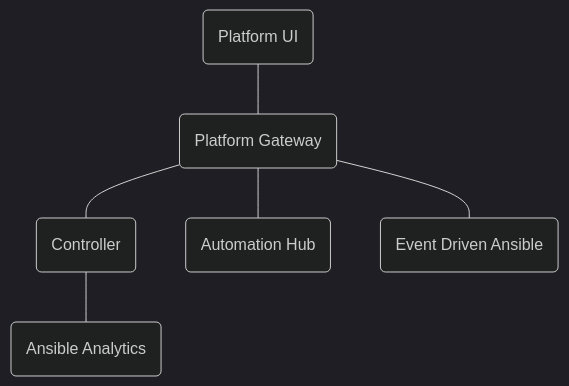
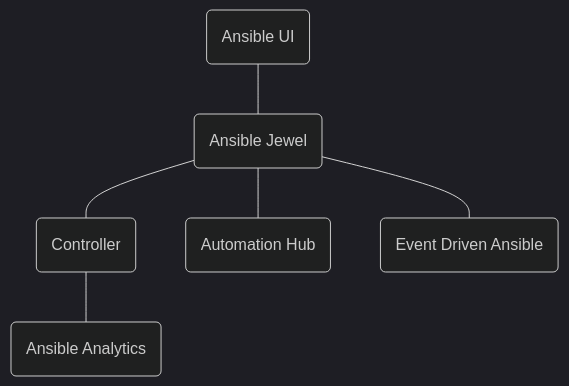
One commit to ansible/ansible-ui changed the diagram in docs/dev/architecture.md. Above: the diagram before and after it, drawn with Mermaid (dark theme). The commit also changed other lines of this file and 3 other files, not shown here.

First line of the commit message:
docs: use Ansible Jewel naming and trim branching doc

````diff
--- a/docs/dev/architecture.md
+++ b/docs/dev/architecture.md
@@ -3,8 +3,8 @@
 ```mermaid
 flowchart TD
-   ui(Platform UI) --- platform(Platform Gateway)
+   ui(Ansible UI) --- platform(Ansible Jewel)
    platform --- awx(Controller)
    platform --- hub(Automation Hub)
    platform --- eda(Event Driven Ansible)
    awx --- aa(Ansible Analytics)
 ```
````
